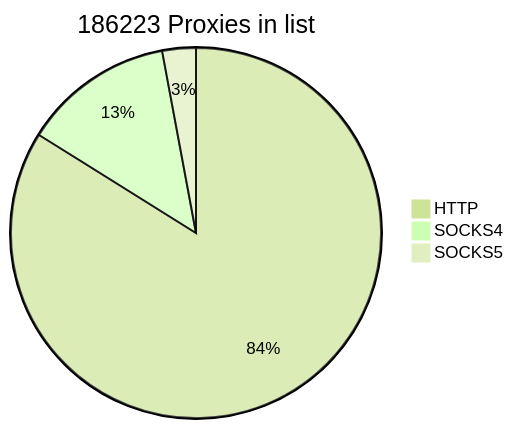
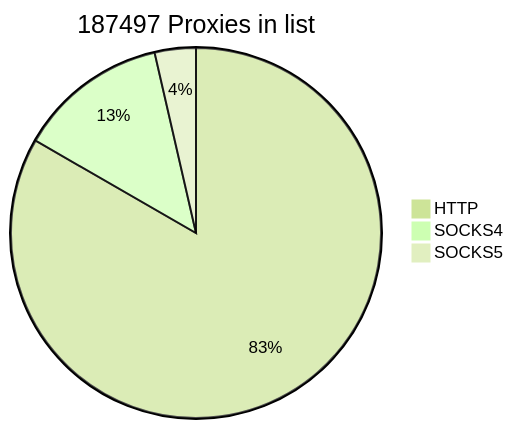
Before and after one commit to cutipu/proxylist: the first of 2 diagrams in README.md, drawn with Mermaid (forest theme). The commit also changed other lines of this file, not shown here.

````diff
--- a/README.md
+++ b/README.md
@@ -2,7 +2,7 @@
 ```mermaid
-pie title 186223 Proxies in list
+pie title 187497 Proxies in list
     "HTTP" : 156213
     "SOCKS4" : 24550
-    "SOCKS5" : 5460
+    "SOCKS5" : 6734
             
 ```
````
